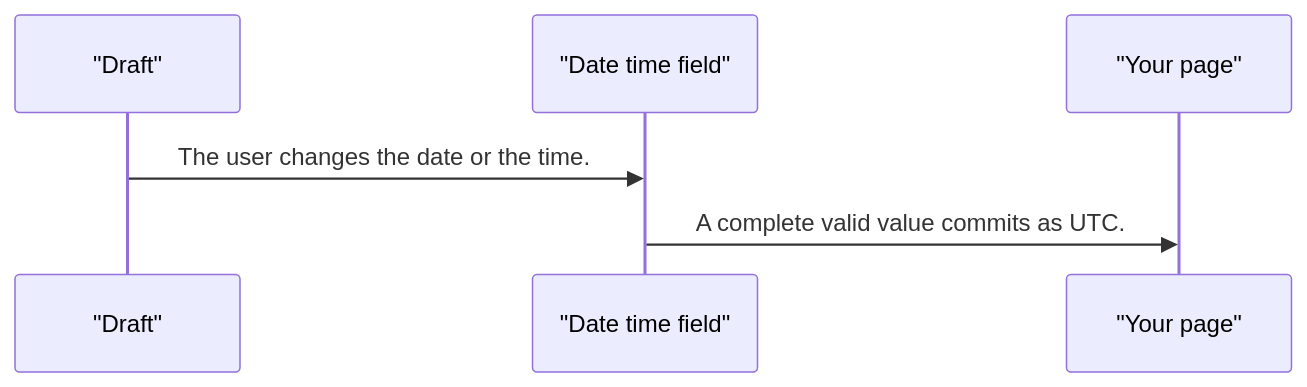
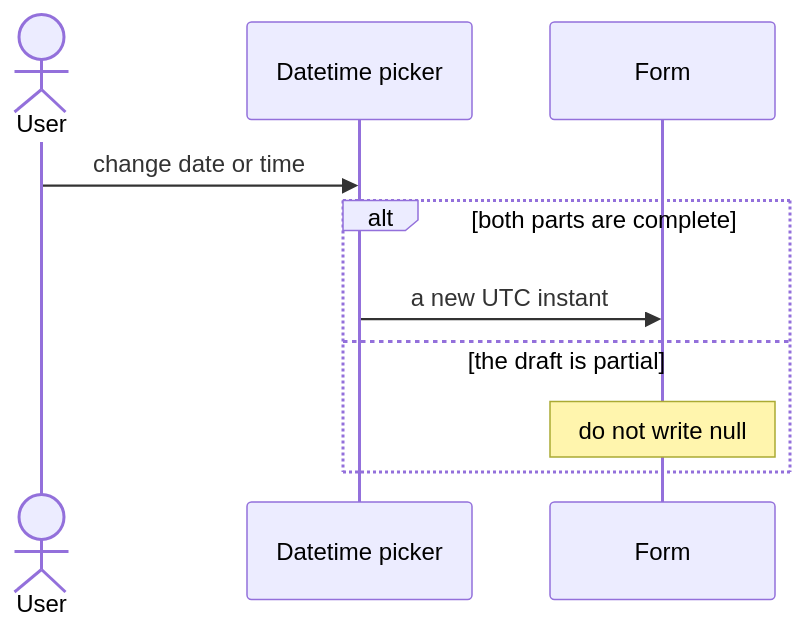
Before and after one commit to RajshekharBorate/pixel-ui: the third of 3 diagrams in projects/pixel-ui/src/lib/pixel-datetime-picker/DESIGN.md, drawn with Mermaid. The commit also changed other lines of this file and 73 other files, not shown here.

Commit message:
Explain who owns each value and what each flow does in every component and service design.

````diff
--- a/projects/pixel-ui/src/lib/pixel-datetime-picker/DESIGN.md
+++ b/projects/pixel-ui/src/lib/pixel-datetime-picker/DESIGN.md
@@ -59,8 +71,12 @@
 ```mermaid
 sequenceDiagram
-  participant draft as "Draft"
-  participant field as "Date time field"
-  participant page as "Your page"
-  draft->>field: The user changes the date or the time.
-  field->>page: A complete valid value commits as UTC.
+  actor User
+  participant Picker as Datetime picker
+  participant Form
+  User->>Picker: change date or time
+  alt both parts are complete
+    Picker->>Form: a new UTC instant
+  else the draft is partial
+    Note over Form: do not write null
+  end
 ```
````
